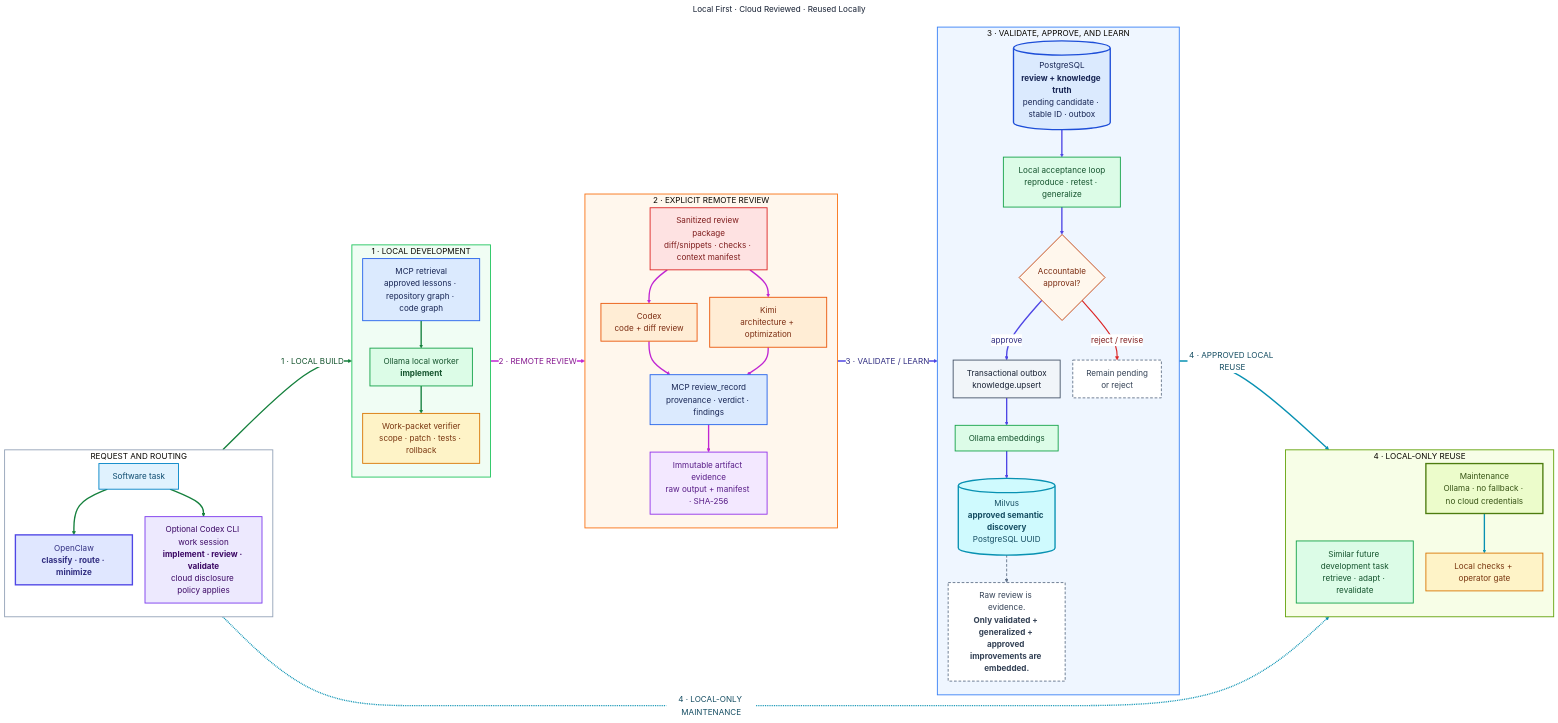
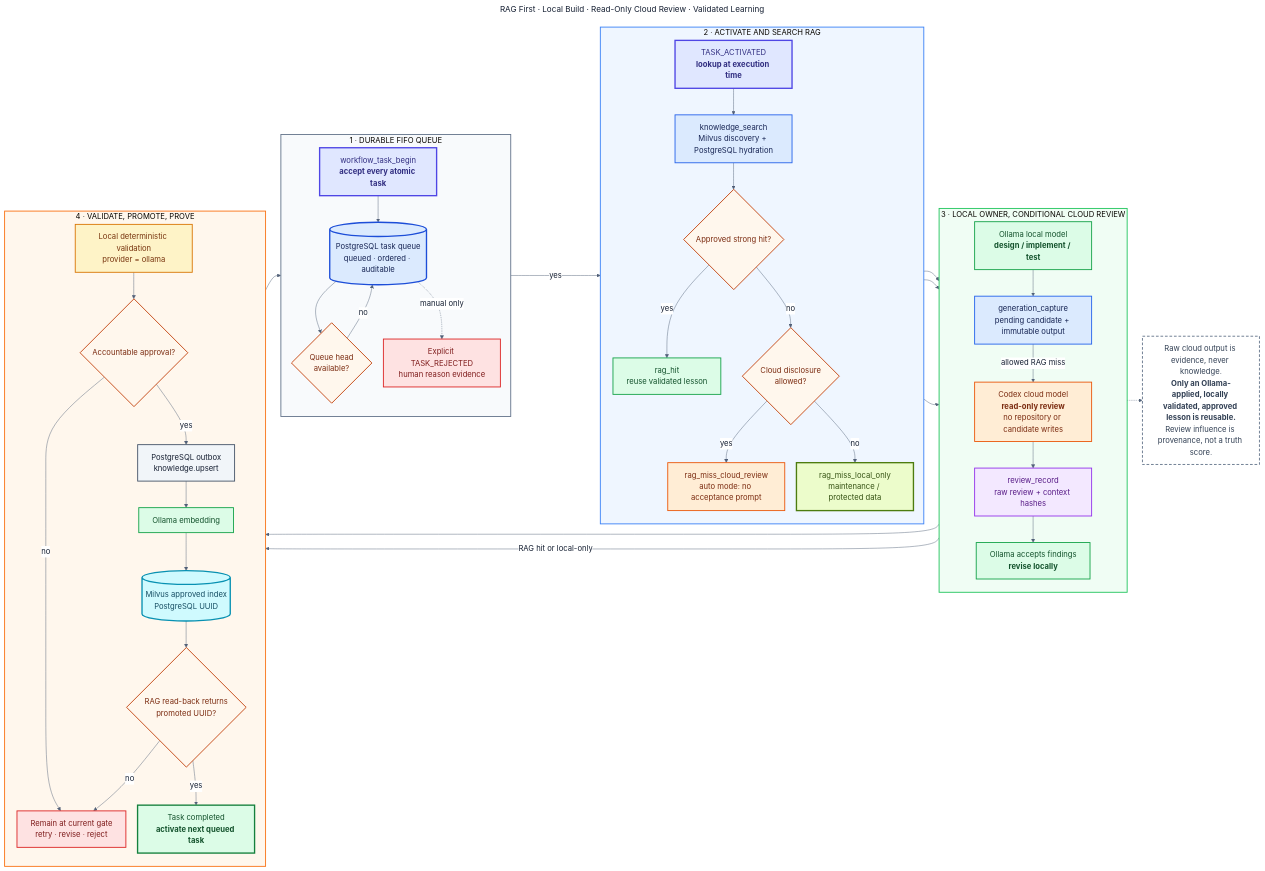
One commit to dhanuka84/local-ai-development-platform changed the diagram in docs/diagrams/hybrid-ai-review-learning-loop.mmd. Above: the diagram before and after it, drawn with Mermaid. The commit also changed 46 other files, not shown here.

Commit message:
RAG-first hybrid workflow

```diff
--- a/docs/diagrams/hybrid-ai-review-learning-loop.mmd
+++ b/docs/diagrams/hybrid-ai-review-learning-loop.mmd
@@ -1,119 +1,101 @@
 ---
-title: Local First · Cloud Reviewed · Reused Locally
+title: RAG First · Local Build · Read-Only Cloud Review · Validated Learning
 ---
 %%{init: {
   "theme": "base",
   "themeVariables": {
     "fontFamily": "Inter, ui-sans-serif, system-ui, sans-serif",
-    "fontSize": "18px",
+    "fontSize": "17px",
     "primaryTextColor": "#162033",
     "lineColor": "#526178",
     "edgeLabelBackground": "#ffffff"
   },
-  "flowchart": {
-    "defaultRenderer": "dagre",
-    "curve": "basis",
-    "htmlLabels": true,
-    "nodeSpacing": 28,
-    "rankSpacing": 36
-  }
+  "flowchart": {"defaultRenderer": "dagre", "curve": "basis", "htmlLabels": true, "nodeSpacing": 26, "rankSpacing": 34}
 }}%%
 flowchart LR
 
-    subgraph ENTRY["REQUEST AND ROUTING"]
+    subgraph QUEUE["1 · DURABLE FIFO QUEUE"]
         direction TB
-        TASK["Software task"]:::user review1_task_router@--> ROUTER["OpenClaw<br/><b>classify · route · minimize</b>"]:::control
-        TASK review1_task_codex@--> CODEXCLI["Optional Codex CLI work session<br/><b>implement · review · validate</b><br/>cloud disclosure policy applies"]:::client
+        SUBMIT["workflow_task_begin<br/><b>accept every atomic task</b>"]:::control
+        FIFO[("PostgreSQL task queue<br/>queued · ordered · auditable")]:::database
+        HEAD{"Queue head<br/>available?"}:::decision
+        REJECT["Explicit TASK_REJECTED<br/>human reason evidence"]:::reject
+        SUBMIT --> FIFO --> HEAD
+        FIFO -. "manual only" .-> REJECT
     end
 
-    subgraph BUILD["1 · LOCAL DEVELOPMENT"]
+    subgraph ROUTE["2 · ACTIVATE AND SEARCH RAG"]
         direction TB
-        RETRIEVE["MCP retrieval<br/>approved lessons · repository graph · code graph"]:::gateway
-        LOCAL["Ollama local worker<br/><b>implement</b>"]:::local
-        VERIFY["Work-packet verifier<br/>scope · patch · tests · rollback"]:::verify
-        RETRIEVE review1_implement@--> LOCAL
-        LOCAL review1_verify@--> VERIFY
+        ACTIVATE["TASK_ACTIVATED<br/><b>lookup at execution time</b>"]:::control
+        SEARCH["knowledge_search<br/>Milvus discovery + PostgreSQL hydration"]:::gateway
+        MATCH{"Approved strong hit?"}:::decision
+        POLICY{"Cloud disclosure<br/>allowed?"}:::decision
+        HIT["rag_hit<br/>reuse validated lesson"]:::local
+        MISS["rag_miss_cloud_review<br/>auto mode: no acceptance prompt"]:::cloud
+        LOCALONLY["rag_miss_local_only<br/>maintenance / protected data"]:::maintenance
+        ACTIVATE --> SEARCH --> MATCH
+        MATCH -- yes --> HIT
+        MATCH -- no --> POLICY
+        POLICY -- yes --> MISS
+        POLICY -- no --> LOCALONLY
     end
 
-    subgraph REVIEW["2 · EXPLICIT REMOTE REVIEW"]
+    subgraph WORK["3 · LOCAL OWNER, CONDITIONAL CLOUD REVIEW"]
         direction TB
-        PACKAGE["Sanitized review package<br/>diff/snippets · checks · context manifest"]:::security
-        CODEX["Codex<br/>code + diff review"]:::cloud
-        KIMI["Kimi<br/>architecture + optimization"]:::cloud
-        EVIDENCE["MCP review_record<br/>provenance · verdict · findings"]:::gateway
-        ARTIFACT["Immutable artifact evidence<br/>raw output + manifest · SHA-256"]:::artifact
-        PACKAGE review2_codex@--> CODEX
-        CODEX review2_codex_evidence@--> EVIDENCE
-        PACKAGE review2_kimi@--> KIMI
-        KIMI review2_kimi_evidence@--> EVIDENCE
-        EVIDENCE review2_artifact@--> ARTIFACT
+        OLLAMA["Ollama local model<br/><b>design / implement / test</b>"]:::local
+        CAPTURE["generation_capture<br/>pending candidate + immutable output"]:::gateway
+        CLOUD["Codex cloud model<br/><b>read-only review</b><br/>no repository or candidate writes"]:::cloud
+        RAW["review_record<br/>raw review + context hashes"]:::artifact
+        REVISE["Ollama accepts findings<br/><b>revise locally</b>"]:::local
+        HIT --> OLLAMA
+        LOCALONLY --> OLLAMA
+        MISS --> OLLAMA
+        OLLAMA --> CAPTURE
+        CAPTURE -->|"allowed RAG miss"| CLOUD --> RAW --> REVISE
     end
 
-    subgraph LEARN["3 · VALIDATE, APPROVE, AND LEARN"]
+    subgraph LEARN["4 · VALIDATE, PROMOTE, PROVE"]
         direction TB
-        PG[("PostgreSQL<br/><b>review + knowledge truth</b><br/>pending candidate · stable ID · outbox")]:::database
-        REPRODUCE["Local acceptance loop<br/>reproduce · retest · generalize"]:::local
-        APPROVE{"Accountable<br/>approval?"}:::decision
-        OUTBOX["Transactional outbox<br/>knowledge.upsert"]:::service
-        EMBED["Ollama embeddings"]:::local
-        MILVUS[("Milvus<br/><b>approved semantic discovery</b><br/>PostgreSQL UUID")]:::vector
-        HOLD["Remain pending<br/>or reject"]:::note
-        NOTE["Raw review is evidence.<br/><b>Only validated + generalized + approved improvements are embedded.</b>"]:::note
-        PG review3_reproduce@--> REPRODUCE
-        REPRODUCE review3_approve@--> APPROVE
-        APPROVE review3_outbox@-->|"approve"| OUTBOX
-        OUTBOX review3_embed@--> EMBED
-        EMBED review3_milvus@--> MILVUS
-        APPROVE review_reject@-->|"reject / revise"| HOLD
-        MILVUS review_support_milvus@-.-> NOTE
+        VALIDATE["Local deterministic validation<br/>provider = ollama"]:::verify
+        APPROVE{"Accountable approval?"}:::decision
+        OUTBOX["PostgreSQL outbox<br/>knowledge.upsert"]:::service
+        EMBED["Ollama embedding"]:::local
+        MILVUS[("Milvus approved index<br/>PostgreSQL UUID")]:::vector
+        READBACK{"RAG read-back returns<br/>promoted UUID?"}:::decision
+        BLOCK["Remain at current gate<br/>retry · revise · reject"]:::reject
+        DONE["Task completed<br/><b>activate next queued task</b>"]:::done
+        REVISE --> VALIDATE
+        CAPTURE -->|"RAG hit or local-only"| VALIDATE
+        VALIDATE --> APPROVE
+        APPROVE -- yes --> OUTBOX --> EMBED --> MILVUS --> READBACK
+        APPROVE -- no --> BLOCK
+        READBACK -- no --> BLOCK
+        READBACK -- yes --> DONE
     end
 
-    subgraph LOCALONLY["4 · LOCAL-ONLY REUSE"]
-        direction TB
-        FUTURE["Similar future development task<br/>retrieve · adapt · revalidate"]:::local
-        MAINT["Maintenance<br/>Ollama · no fallback · no cloud credentials"]:::maintenance
-        MVERIFY["Local checks + operator gate"]:::verify
-        MAINT review4_verify@--> MVERIFY
-    end
+    HEAD -- yes --> ACTIVATE
+    HEAD -- no --> FIFO
+    DONE --> FIFO
 
-    ENTRY review_group1@-->|"1 · LOCAL BUILD"| BUILD
-    BUILD review_group2@-->|"2 · REMOTE REVIEW"| REVIEW
-    REVIEW review_group3@-->|"3 · VALIDATE / LEARN"| LEARN
-    LEARN review_group4@-->|"4 · APPROVED LOCAL REUSE"| LOCALONLY
-    ENTRY review_group4_maintenance@-.->|"4 · LOCAL-ONLY MAINTENANCE"| LOCALONLY
+    NOTE["Raw cloud output is evidence, never knowledge.<br/><b>Only an Ollama-applied, locally validated, approved lesson is reusable.</b><br/>Review influence is provenance, not a truth score."]:::note
+    RAW -.-> NOTE
 
-    classDef reviewFlow1 fill:none,stroke:#15803d,color:#14532d,stroke-width:3px;
-    classDef reviewFlow2 fill:none,stroke:#c026d3,color:#86198f,stroke-width:3px;
-    classDef reviewFlow3 fill:none,stroke:#4f46e5,color:#312e81,stroke-width:3px;
-    classDef reviewFlow4 fill:none,stroke:#0891b2,color:#164e63,stroke-width:3px;
-    classDef reviewRejectFlow fill:none,stroke:#dc2626,color:#7f1d1d,stroke-width:2.5px;
-    classDef reviewSupportFlow fill:none,stroke:#64748b,color:#334155,stroke-width:2px,stroke-dasharray:6 4;
-
-    class review1_task_router,review1_task_codex,review1_implement,review1_verify,review_group1 reviewFlow1;
-    class review2_codex,review2_codex_evidence,review2_kimi,review2_kimi_evidence,review2_artifact,review_group2 reviewFlow2;
-    class review3_reproduce,review3_approve,review3_outbox,review3_embed,review3_milvus,review_group3 reviewFlow3;
-    class review4_verify,review_group4,review_group4_maintenance reviewFlow4;
-    class review_reject reviewRejectFlow;
-    class review_support_milvus reviewSupportFlow;
-
-    classDef user fill:#e0f2fe,stroke:#0284c7,color:#0c4a6e,stroke-width:2px;
-    classDef client fill:#ede9fe,stroke:#7c3aed,color:#3b0764,stroke-width:2px;
     classDef control fill:#e0e7ff,stroke:#4f46e5,color:#312e81,stroke-width:3px;
     classDef gateway fill:#dbeafe,stroke:#2563eb,color:#172554,stroke-width:2px;
     classDef local fill:#dcfce7,stroke:#16a34a,color:#14532d,stroke-width:2px;
     classDef maintenance fill:#ecfccb,stroke:#4d7c0f,color:#365314,stroke-width:3px;
-    classDef verify fill:#fef3c7,stroke:#d97706,color:#78350f,stroke-width:2px;
-    classDef security fill:#fee2e2,stroke:#dc2626,color:#7f1d1d,stroke-width:2px;
     classDef cloud fill:#ffedd5,stroke:#ea580c,color:#7c2d12,stroke-width:2px;
     classDef artifact fill:#f3e8ff,stroke:#9333ea,color:#581c87,stroke-width:2px;
     classDef database fill:#dbeafe,stroke:#1d4ed8,color:#172554,stroke-width:3px;
     classDef vector fill:#cffafe,stroke:#0891b2,color:#164e63,stroke-width:3px;
     classDef decision fill:#fff7ed,stroke:#c2410c,color:#7c2d12,stroke-width:2px;
+    classDef verify fill:#fef3c7,stroke:#d97706,color:#78350f,stroke-width:2px;
     classDef service fill:#f1f5f9,stroke:#475569,color:#172033,stroke-width:2px;
+    classDef reject fill:#fee2e2,stroke:#dc2626,color:#7f1d1d,stroke-width:2px;
+    classDef done fill:#dcfce7,stroke:#15803d,color:#14532d,stroke-width:3px;
     classDef note fill:#ffffff,stroke:#64748b,color:#334155,stroke-width:2px,stroke-dasharray: 6 4;
 
-    style ENTRY fill:#ffffff,stroke:#94a3b8,stroke-width:2px
-    style BUILD fill:#f0fdf4,stroke:#22c55e,stroke-width:2px
-    style REVIEW fill:#fff7ed,stroke:#f97316,stroke-width:2px
-    style LEARN fill:#eff6ff,stroke:#3b82f6,stroke-width:2px
-    style LOCALONLY fill:#f7fee7,stroke:#65a30d,stroke-width:2px
+    style QUEUE fill:#f8fafc,stroke:#64748b,stroke-width:2px
+    style ROUTE fill:#eff6ff,stroke:#3b82f6,stroke-width:2px
+    style WORK fill:#f0fdf4,stroke:#22c55e,stroke-width:2px
+    style LEARN fill:#fff7ed,stroke:#f97316,stroke-width:2px
```
